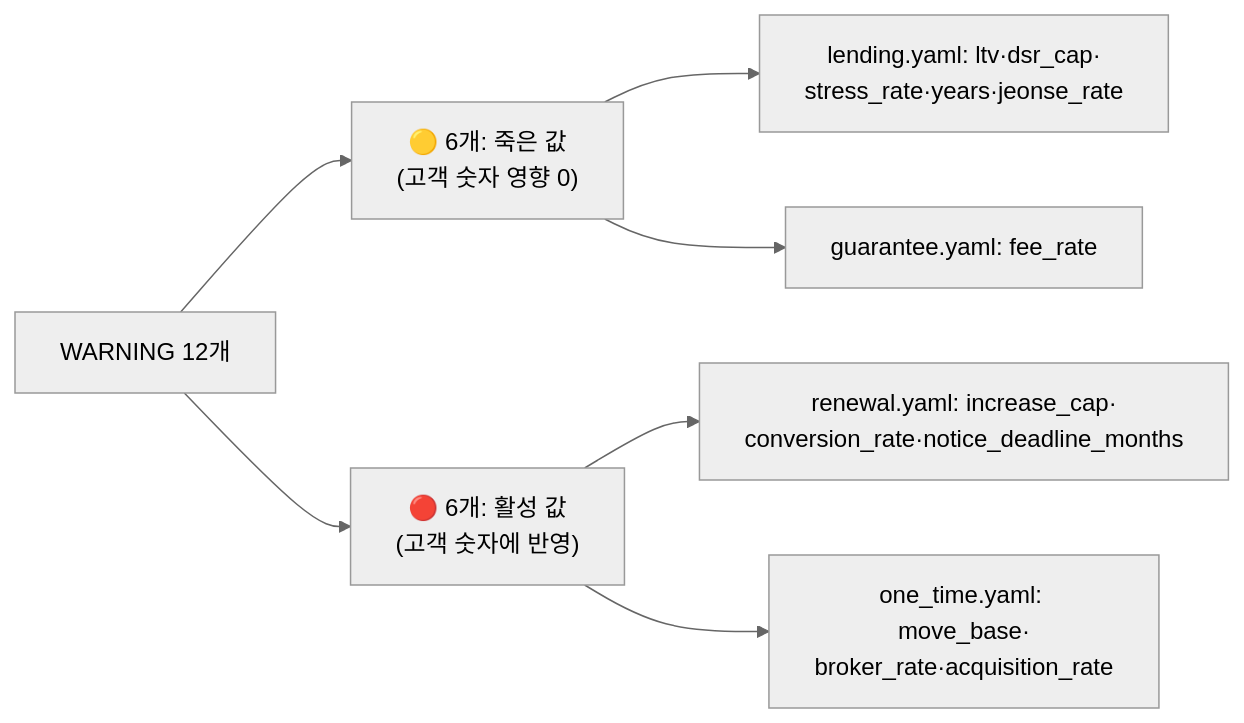
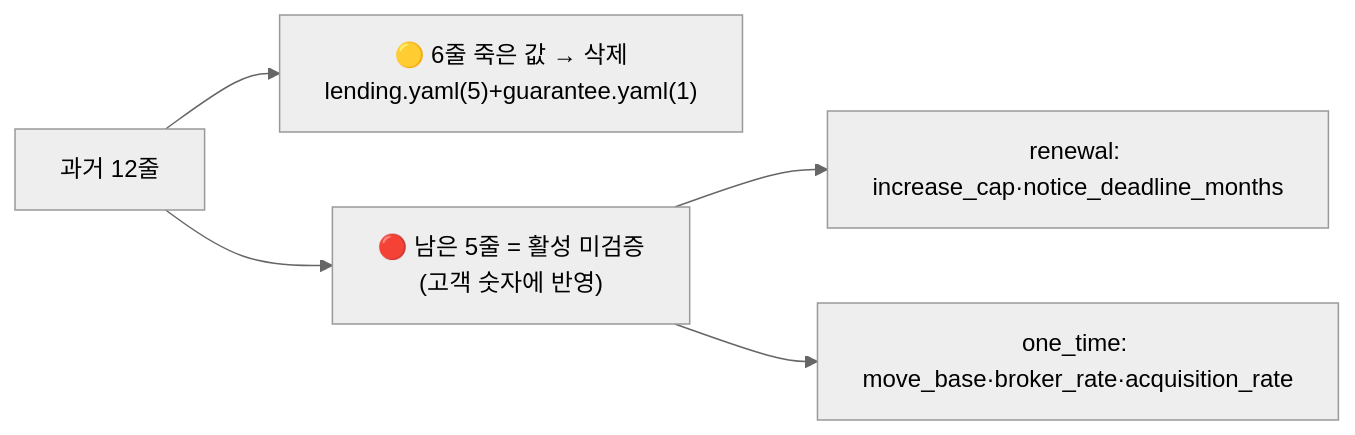
Before and after one commit to kb-manggi-zip/kb-manggi-zip: the fifth of 5 diagrams in docs/계산로직_및_아키텍처.md, drawn with Mermaid (neutral theme). The commit also changed other lines of this file, not shown here.

````diff
--- a/docs/계산로직_및_아키텍처.md
+++ b/docs/계산로직_및_아키텍처.md
@@ -207,9 +211,7 @@
 ```mermaid
 flowchart LR
-  W["WARNING 12개"] --> S["🟡 6개: 죽은 값<br/>(고객 숫자 영향 0)"]
-  W --> A["🔴 6개: 활성 값<br/>(고객 숫자에 반영)"]
-  S --> S1["lending.yaml: ltv·dsr_cap·<br/>stress_rate·years·jeonse_rate"]
-  S --> S2["guarantee.yaml: fee_rate"]
-  A --> A1["renewal.yaml: increase_cap·<br/>conversion_rate·notice_deadline_months"]
-  A --> A2["one_time.yaml: move_base·<br/>broker_rate·acquisition_rate"]
+  OLD["과거 12줄"] --> DEAD["🟡 6줄 죽은 값 → 삭제<br/>lending.yaml(5)+guarantee.yaml(1)"]
+  OLD --> NOW["🔴 남은 5줄 = 활성 미검증<br/>(고객 숫자에 반영)"]
+  NOW --> R["renewal: increase_cap·notice_deadline_months"]
+  NOW --> O["one_time: move_base·broker_rate·acquisition_rate"]
 ```
````
